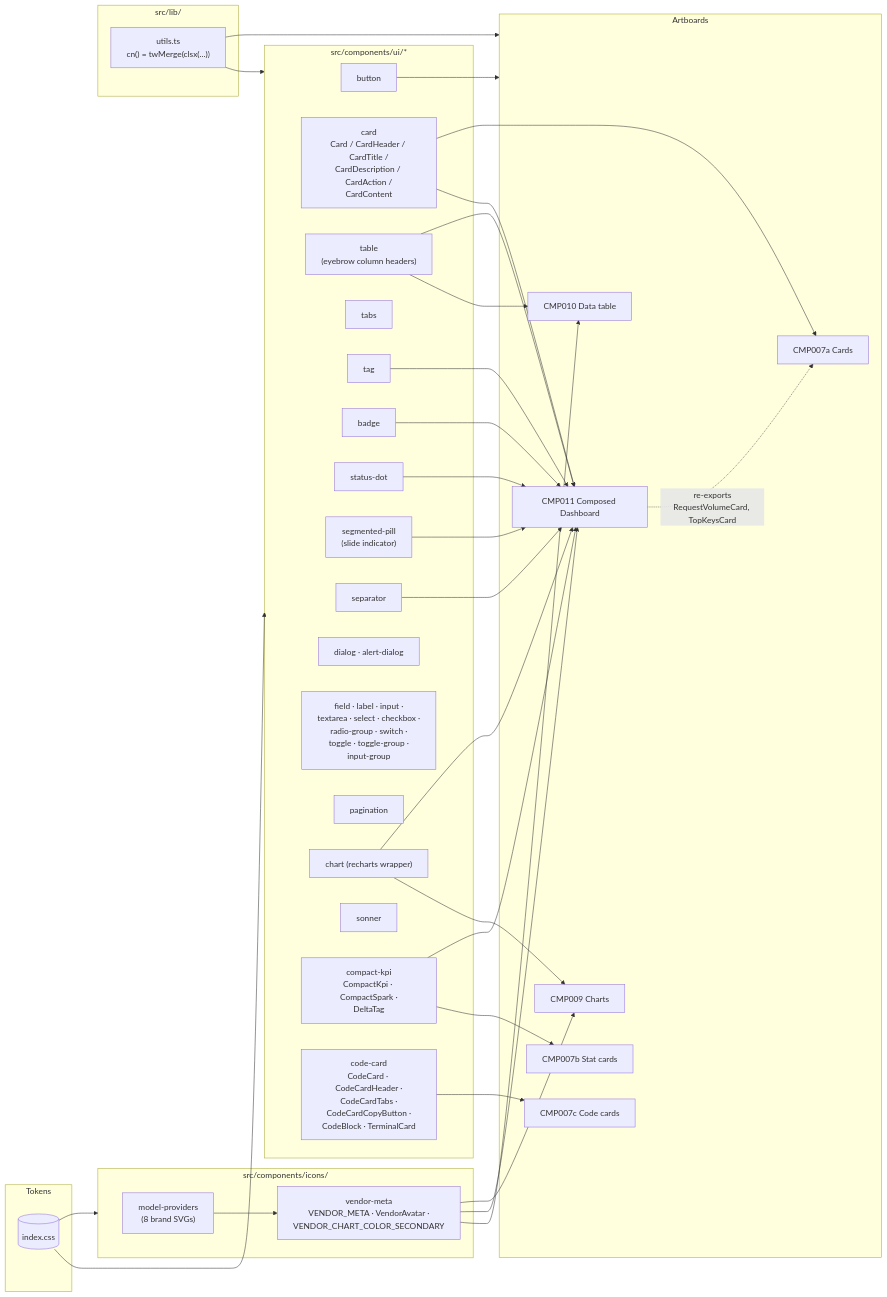
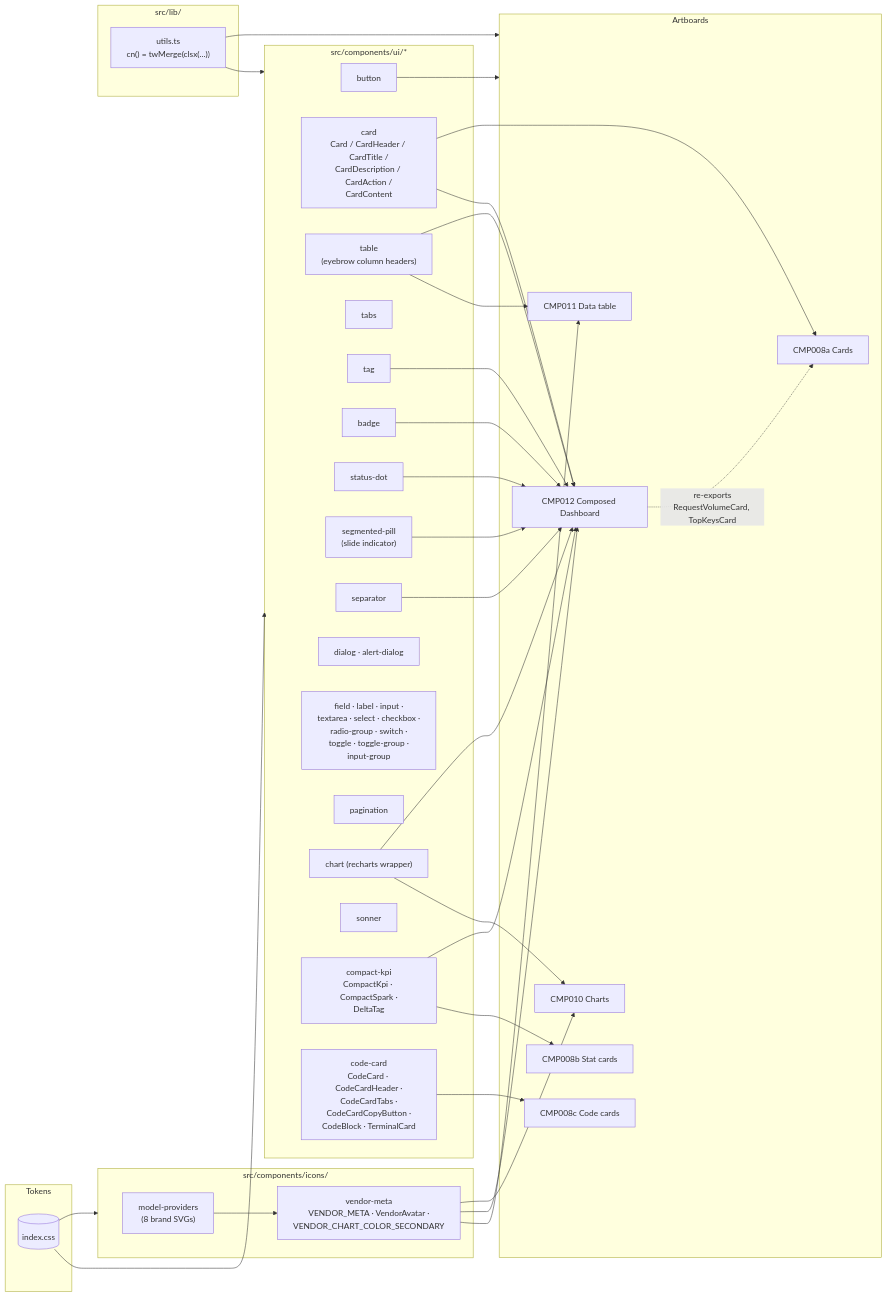
One commit to Neoneue/GateAI changed the fifth of 7 diagrams in data-model.md. Above: the diagram before and after it, drawn with Mermaid. The commit also changed other lines of this file and 12 other files, not shown here.

````diff
--- a/data-model.md
+++ b/data-model.md
@@ -172,70 +176,70 @@
 ```mermaid
 graph LR
     subgraph TOK["Tokens"]
         IDX[("index.css")]
     end
 
     subgraph PRIM["src/components/ui/*"]
         BTN["button"]
         CARD["card<br/>Card / CardHeader / CardTitle /<br/>CardDescription / CardAction /<br/>CardContent"]
         TBL["table<br/>(eyebrow column headers)"]
         TABS["tabs"]
         TAG["tag"]
         BADGE["badge"]
         SDOT["status-dot"]
         SEG["segmented-pill<br/>(slide indicator)"]
         SEP["separator"]
         DLG["dialog · alert-dialog"]
         FLD["field · label · input ·<br/>textarea · select · checkbox ·<br/>radio-group · switch ·<br/>toggle · toggle-group ·<br/>input-group"]
         PAG["pagination"]
         CHT["chart (recharts wrapper)"]
         SON["sonner"]
         CKPI["compact-kpi<br/>CompactKpi · CompactSpark ·<br/>DeltaTag"]
         CCARD["code-card<br/>CodeCard · CodeCardHeader ·<br/>CodeCardTabs ·<br/>CodeCardCopyButton ·<br/>CodeBlock · TerminalCard"]
     end
 
     subgraph ICN["src/components/icons/"]
         MP["model-providers<br/>(8 brand SVGs)"]
         VM["vendor-meta<br/>VENDOR_META · VendorAvatar ·<br/>VENDOR_CHART_COLOR_SECONDARY"]
     end
 
     subgraph LIB["src/lib/"]
         UTL["utils.ts<br/>cn() = twMerge(clsx(...))"]
     end
 
     subgraph ARTS["Artboards"]
-        A009["CMP010 Data table"]
-        A011["CMP011 Composed Dashboard"]
-        A007a["CMP007a Cards"]
-        A007b["CMP007b Stat cards"]
-        A007c["CMP007c Code cards"]
-        A008c["CMP009 Charts"]
+        A011["CMP011 Data table"]
+        A012["CMP012 Composed Dashboard"]
+        A008a["CMP008a Cards"]
+        A008b["CMP008b Stat cards"]
+        A008c["CMP008c Code cards"]
+        A010["CMP010 Charts"]
     end
 
     IDX --> PRIM
     IDX --> ICN
     MP --> VM
     UTL --> PRIM
     UTL --> ARTS
 
-    CKPI --> A007b
-    CKPI --> A011
-    CCARD --> A007c
-    CARD --> A011
-    CARD --> A007a
-    TBL --> A009
+    CKPI --> A008b
+    CKPI --> A012
+    CCARD --> A008c
+    CARD --> A012
+    CARD --> A008a
     TBL --> A011
-    VM --> A009
+    TBL --> A012
     VM --> A011
-    VM --> A008c
+    VM --> A012
+    VM --> A010
     BTN --> ARTS
-    BADGE --> A011
-    TAG --> A011
-    SDOT --> A011
-    SEG --> A011
-    CHT --> A008c
-    CHT --> A011
-    SEP --> A011
+    BADGE --> A012
+    TAG --> A012
+    SDOT --> A012
+    SEG --> A012
+    CHT --> A010
+    CHT --> A012
+    SEP --> A012
 
-    A011 -.->|re-exports<br/>RequestVolumeCard, TopKeysCard| A007a
+    A012 -.->|re-exports<br/>RequestVolumeCard, TopKeysCard| A008a
 ```
````
